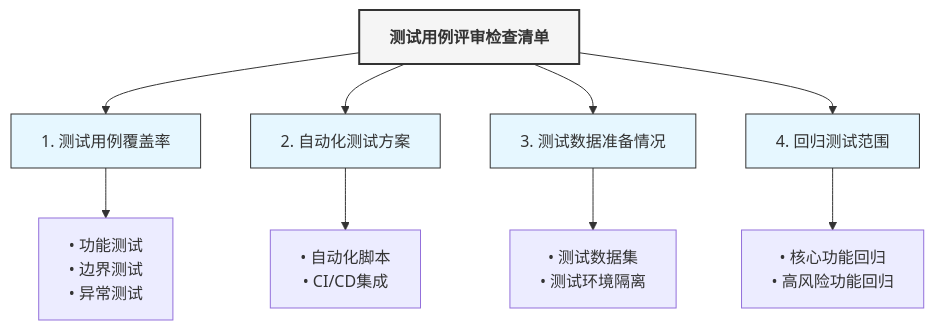
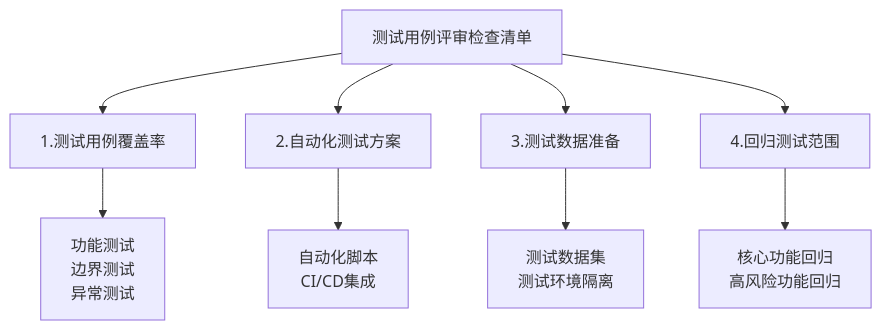
The fifth of 11 diagrams in 开发流程图.md (Taskon-xyz/PR), drawn with Mermaid before and after one commit. The commit also changed other lines of this file and 2 other files, not shown here.

````diff
--- a/开发流程图.md
+++ b/开发流程图.md
@@ -132,20 +82,12 @@
 ```mermaid
-graph TB
-    classDef mainNode fill:#f5f5f5,stroke:#333,stroke-width:2px,color:#333,font-weight:bold
-    classDef subNode fill:#e6f7ff,stroke:#333,stroke-width:1px
+graph TD
+    Test_Check[测试用例评审检查清单] --> E1[1.测试用例覆盖率]
+    Test_Check --> E2[2.自动化测试方案]
+    Test_Check --> E3[3.测试数据准备]
+    Test_Check --> E4[4.回归测试范围]
     
-    Test_Check["测试用例评审检查清单"]
-    
-    Test_Check --> Coverage["1. 测试用例覆盖率"]
-    Test_Check --> Automation["2. 自动化测试方案"]
-    Test_Check --> TestData["3. 测试数据准备情况"]
-    Test_Check --> Regression["4. 回归测试范围"]
-    
-    Coverage --> Cov1["• 功能测试<br>• 边界测试<br>• 异常测试"]
-    Automation --> Auto1["• 自动化脚本<br>• CI/CD集成"]
-    TestData --> TD1["• 测试数据集<br>• 测试环境隔离"]
-    Regression --> Reg1["• 核心功能回归<br>• 高风险功能回归"]
-    
-    class Test_Check mainNode
-    class Coverage,Automation,TestData,Regression subNode
+    E1 --> E1_1[功能测试<br>边界测试<br>异常测试]
+    E2 --> E2_1[自动化脚本<br>CI/CD集成]
+    E3 --> E3_1[测试数据集<br>测试环境隔离]
+    E4 --> E4_1[核心功能回归<br>高风险功能回归]
 ```
````
